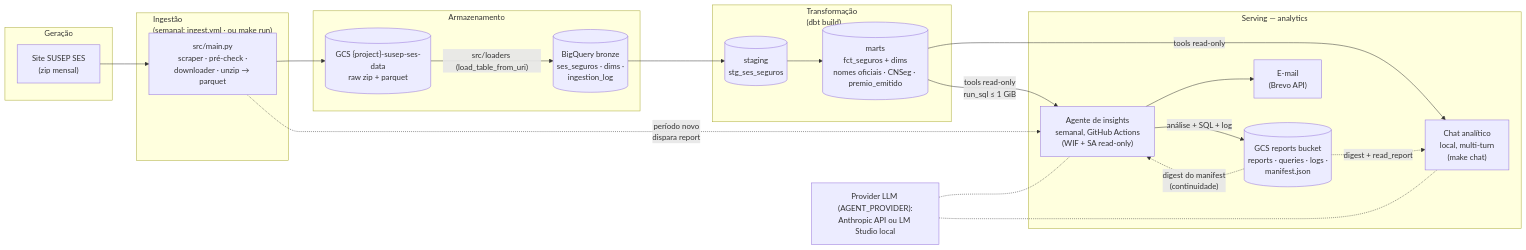
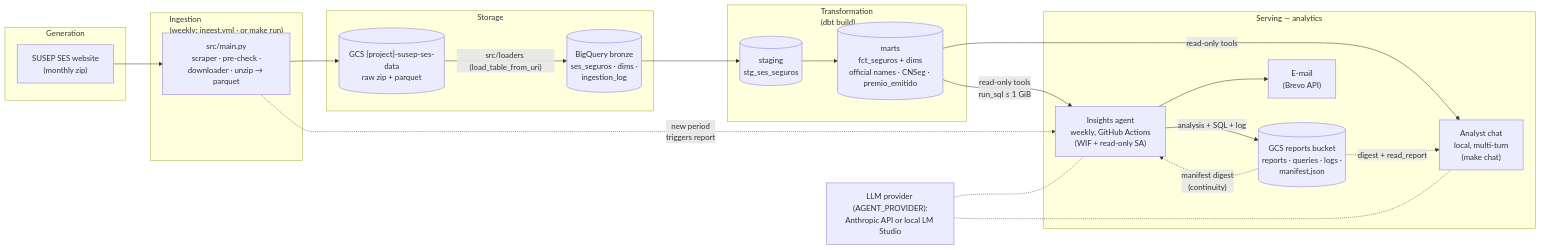
The diagram in README.md (willp12/susep_data_pipeline), drawn with Mermaid before and after one commit. The commit also changed other lines of this file and 1 other file, not shown here.

First line of the commit message:
docs: make English the default README, keep pt-BR copy

````diff
--- a/README.md
+++ b/README.md
@@ -31,47 +35,47 @@
 ```mermaid
 flowchart LR
-    subgraph GER["Geração"]
-        SUSEP["Site SUSEP SES<br/>(zip mensal)"]
+    subgraph GER["Generation"]
+        SUSEP["SUSEP SES website<br/>(monthly zip)"]
     end
 
-    subgraph ING["Ingestão<br/>(semanal: ingest.yml · ou make run)"]
-        PIPE["src/main.py<br/>scraper · pré-check ·<br/>downloader · unzip → parquet"]
+    subgraph ING["Ingestion<br/>(weekly: ingest.yml · or make run)"]
+        PIPE["src/main.py<br/>scraper · pre-check ·<br/>downloader · unzip → parquet"]
     end
 
-    subgraph ARM["Armazenamento"]
+    subgraph ARM["Storage"]
         S3[("GCS {project}-susep-ses-data<br/>raw zip + parquet")]
         BRZ[("BigQuery bronze<br/>ses_seguros · dims ·<br/>ingestion_log")]
     end
 
-    subgraph TRA["Transformação<br/>(dbt build)"]
+    subgraph TRA["Transformation<br/>(dbt build)"]
         STG[("staging<br/>stg_ses_seguros")]
-        FCT[("marts<br/>fct_seguros + dims<br/>nomes oficiais · CNSeg · premio_emitido")]
+        FCT[("marts<br/>fct_seguros + dims<br/>official names · CNSeg · premio_emitido")]
     end
 
     subgraph SRV["Serving — analytics"]
-        RUN["Agente de insights<br/>semanal, GitHub Actions<br/>(WIF + SA read-only)"]
+        RUN["Insights agent<br/>weekly, GitHub Actions<br/>(WIF + read-only SA)"]
         GCS[("GCS reports bucket<br/>reports · queries · logs ·<br/>manifest.json")]
         MAIL["E-mail<br/>(Brevo API)"]
-        CHAT["Chat analítico<br/>local, multi-turn<br/>(make chat)"]
+        CHAT["Analyst chat<br/>local, multi-turn<br/>(make chat)"]
     end
 
-    LLM["Provider LLM (AGENT_PROVIDER):<br/>Anthropic API ou LM Studio local"]
+    LLM["LLM provider (AGENT_PROVIDER):<br/>Anthropic API or local LM Studio"]
 
     SUSEP --> PIPE
     PIPE --> S3
     S3 -->|"src/loaders (load_table_from_uri)"| BRZ
     BRZ --> STG
     STG --> FCT
 
-    FCT -->|"tools read-only<br/>run_sql ≤ 1 GiB"| RUN
-    FCT -->|"tools read-only"| CHAT
-    RUN -->|"análise + SQL + log"| GCS
+    FCT -->|"read-only tools<br/>run_sql ≤ 1 GiB"| RUN
+    FCT -->|"read-only tools"| CHAT
+    RUN -->|"analysis + SQL + log"| GCS
     RUN --> MAIL
-    GCS -.->|"digest do manifest<br/>(continuidade)"| RUN
+    GCS -.->|"manifest digest<br/>(continuity)"| RUN
     GCS -.->|"digest + read_report"| CHAT
 
-    PIPE -.->|"período novo<br/>dispara report"| RUN
+    PIPE -.->|"new period<br/>triggers report"| RUN
 
     LLM -.- RUN
     LLM -.- CHAT
 ```
````
